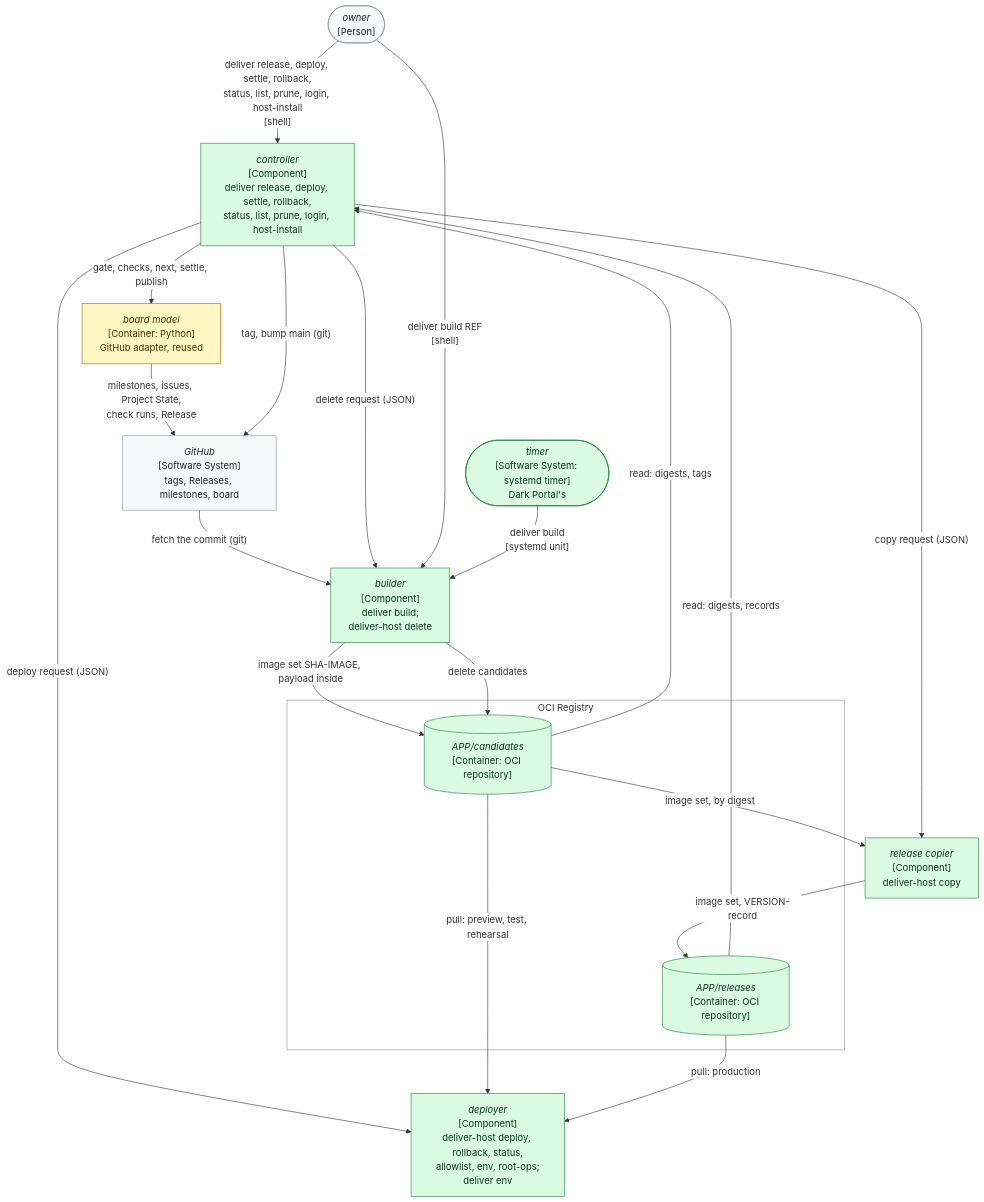
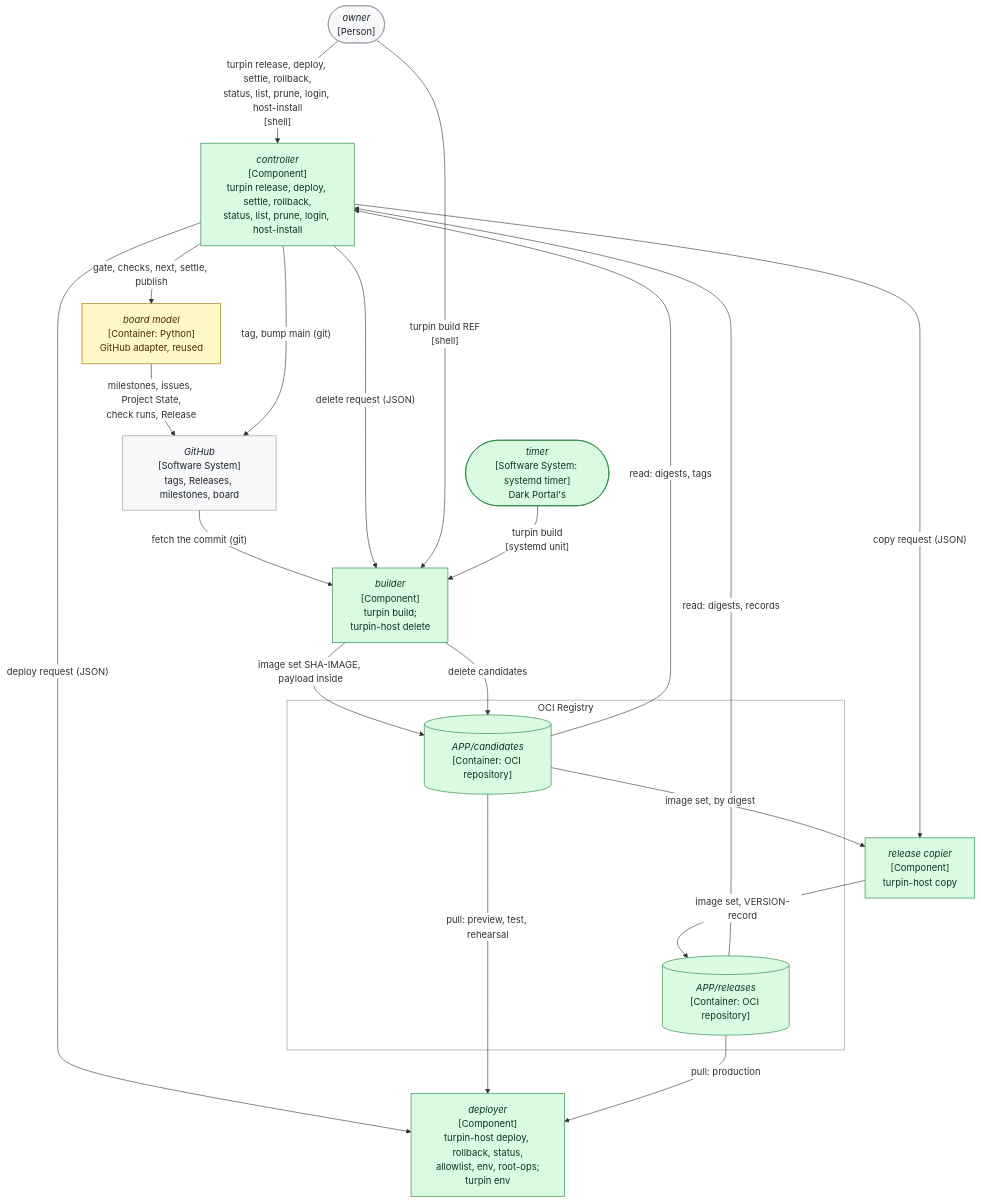
Before and after one commit to delphside/programme: the second of 7 diagrams in records/2.5-changes/programme-tooling/117-generic-deliver-tool/design.md, drawn with Mermaid. The commit also changed other lines of this file and 38 other files, not shown here.

First line of the commit message:
Change 117: rename the deliver tool to Turpin

````diff
--- a/records/2.5-changes/programme-tooling/117-generic-deliver-tool/design.md
+++ b/records/2.5-changes/programme-tooling/117-generic-deliver-tool/design.md
@@ -358,40 +358,40 @@
 ```mermaid
 %%{init: {"themeVariables": {"clusterBkg": "#ffffff", "clusterBorder": "#8c959f", "edgeLabelBackground": "#ffffff"}}}%%
 flowchart TB
   OWN(["<i>owner</i><br>[Person]"])
   TIMER(["<i>timer</i><br>[Software System: systemd timer]<br>Dark Portal's"])
-  CTL["<i>controller</i><br>[Component]<br>deliver release, deploy, settle, rollback,<br>status, list, prune, login, host-install"]
-  BLD["<i>builder</i><br>[Component]<br>deliver build;<br>deliver-host delete"]
-  COPY["<i>release copier</i><br>[Component]<br>deliver-host copy"]
-  DEP["<i>deployer</i><br>[Component]<br>deliver-host deploy, rollback, status,<br>allowlist, env, root-ops;<br>deliver env"]
+  CTL["<i>controller</i><br>[Component]<br>turpin release, deploy, settle, rollback,<br>status, list, prune, login, host-install"]
+  BLD["<i>builder</i><br>[Component]<br>turpin build;<br>turpin-host delete"]
+  COPY["<i>release copier</i><br>[Component]<br>turpin-host copy"]
+  DEP["<i>deployer</i><br>[Component]<br>turpin-host deploy, rollback, status,<br>allowlist, env, root-ops;<br>turpin env"]
   subgraph OCIR["OCI Registry"]
     CAND[("<i>APP/candidates</i><br>[Container: OCI repository]")]
     REL[("<i>APP/releases</i><br>[Container: OCI repository]")]
   end
   GH["<i>GitHub</i><br>[Software System]<br>tags, Releases, milestones, board"]
   BM["<i>board model</i><br>[Container: Python]<br>GitHub adapter, reused"]
   CTL -->|"gate, checks, next, settle, publish"| BM
   BM -->|"milestones, issues, Project State,<br>check runs, Release"| GH
   BLD -->|"image set SHA-IMAGE, payload inside"| CAND
   GH -->|"fetch the commit (git)"| BLD
   CAND -->|"read: digests, tags"| CTL
   REL -->|"read: digests, records"| CTL
   CTL -->|"delete request (JSON)"| BLD
   BLD -->|"delete candidates"| CAND
   CTL -->|"copy request (JSON)"| COPY
   CAND -->|"image set, by digest"| COPY
   COPY -->|"image set, VERSION-record"| REL
   CTL -->|"deploy request (JSON)"| DEP
   CAND -->|"pull: preview, test, rehearsal"| DEP
   REL -->|"pull: production"| DEP
   CTL -->|"tag, bump main (git)"| GH
-  OWN -->|"deliver release, deploy, settle, rollback,<br>status, list, prune, login, host-install<br>[shell]"| CTL
-  OWN -->|"deliver build REF<br>[shell]"| BLD
-  TIMER -->|"deliver build<br>[systemd unit]"| BLD
+  OWN -->|"turpin release, deploy, settle, rollback,<br>status, list, prune, login, host-install<br>[shell]"| CTL
+  OWN -->|"turpin build REF<br>[shell]"| BLD
+  TIMER -->|"turpin build<br>[systemd unit]"| BLD
   classDef unchanged    fill:#f6f8fa,stroke:#8c959f,color:#1f2328
   classDef new          fill:#dafbe1,stroke:#1a7f37,color:#0a3622
   classDef changed      fill:#fff8c5,stroke:#9a6700,color:#4d2d00
   class TIMER,CTL,BLD,COPY,DEP,CAND,REL new
   class BM changed
   class OWN,GH unchanged
 ```
````
